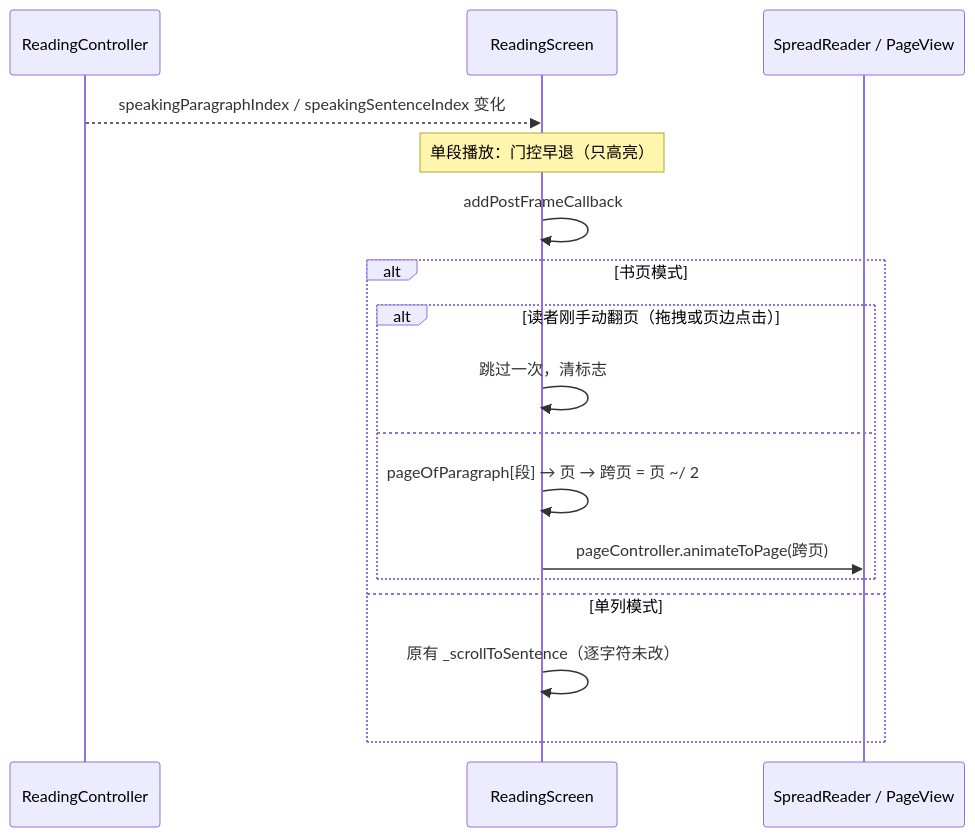
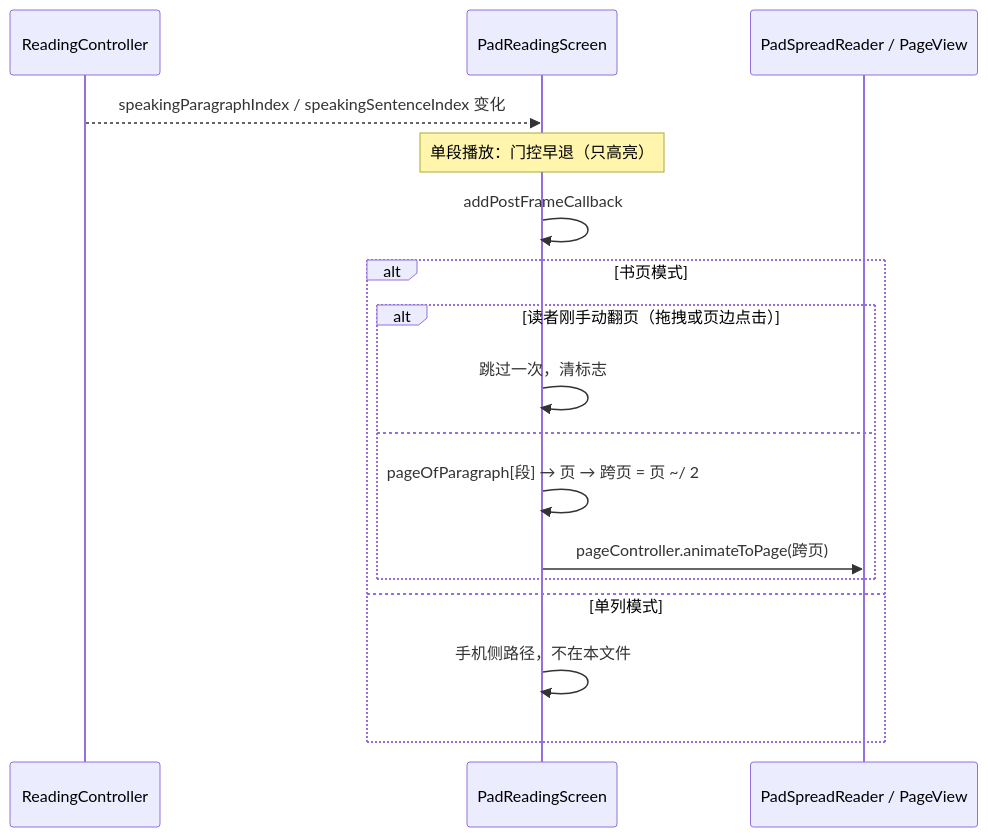
One commit to kindywu/contexta changed the fourth of 5 diagrams in impl/app/flutter/docs/reading-spread.md. Above: the diagram before and after it, drawn with Mermaid. The commit also changed other lines of this file and 5 other files, not shown here.

````diff
--- a/impl/app/flutter/docs/reading-spread.md
+++ b/impl/app/flutter/docs/reading-spread.md
@@ -132,20 +230,20 @@
 ```mermaid
 sequenceDiagram
     participant RC as ReadingController
-    participant RS as ReadingScreen
-    participant SR as SpreadReader / PageView
+    participant RS as PadReadingScreen
+    participant SR as PadSpreadReader / PageView
 
     RC-->>RS: speakingParagraphIndex / speakingSentenceIndex 变化
     Note over RS: 单段播放：门控早退（只高亮）
     RS->>RS: addPostFrameCallback
     alt 书页模式
         alt 读者刚手动翻页（拖拽或页边点击）
             RS->>RS: 跳过一次，清标志
         else
             RS->>RS: pageOfParagraph[段] → 页 → 跨页 = 页 ~/ 2
             RS->>SR: pageController.animateToPage(跨页)
         end
     else 单列模式
-        RS->>RS: 原有 _scrollToSentence（逐字符未改）
+        RS->>RS: 手机侧路径，不在本文件
     end
 ```
````
